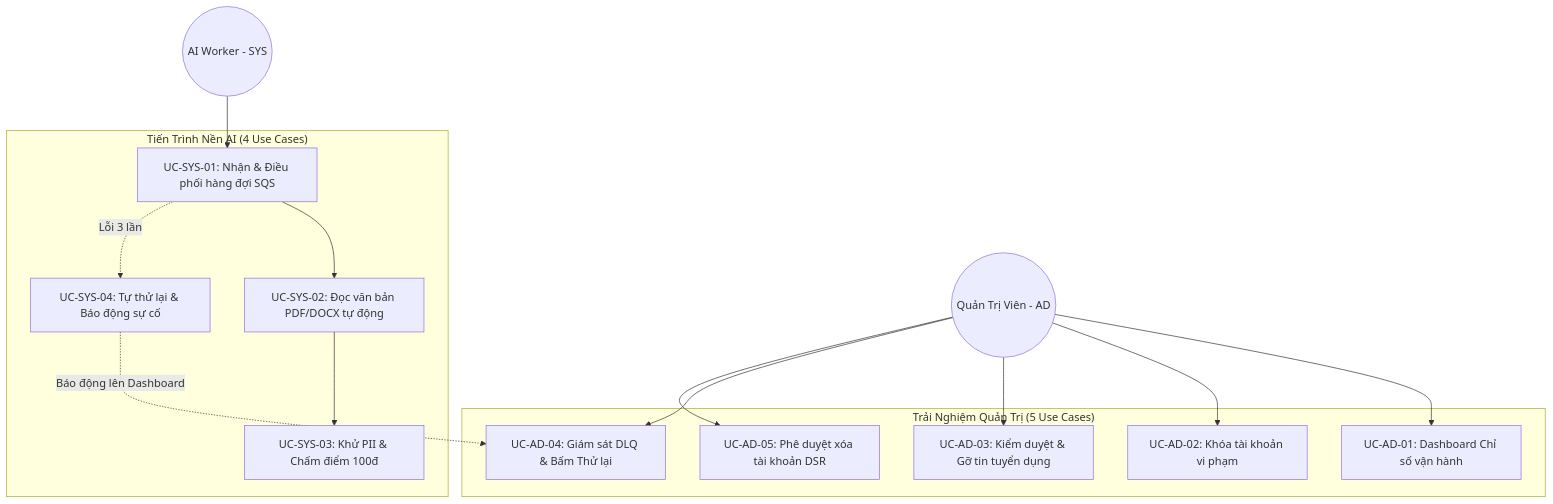
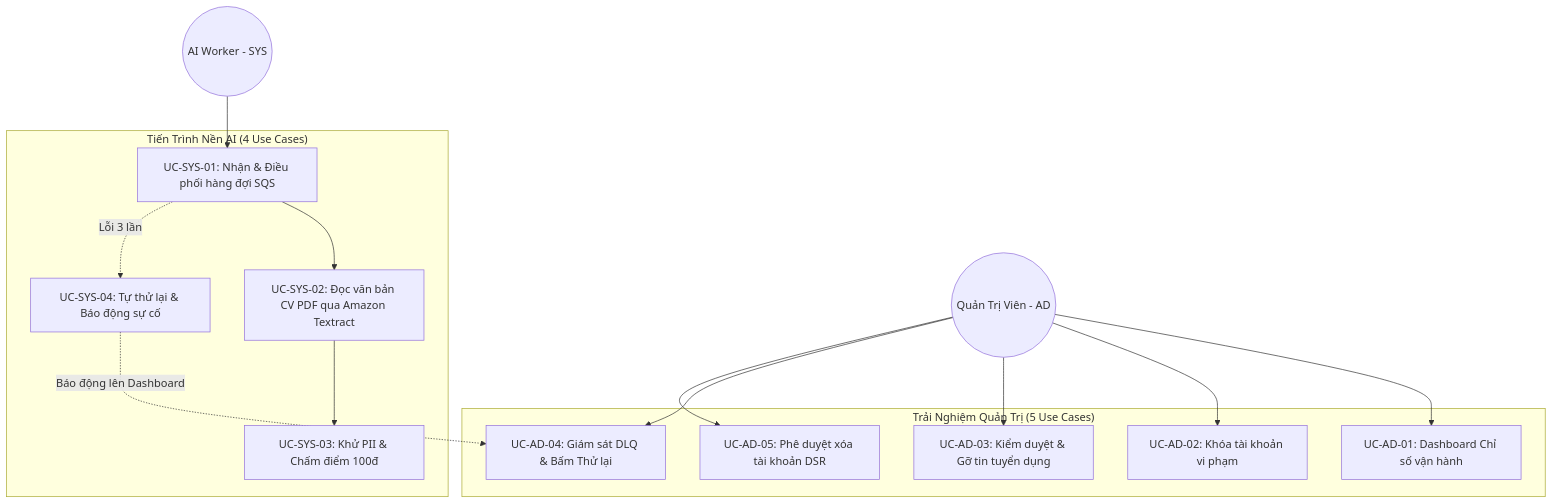
The third of 3 diagrams in docs/software/02-use-cases.md (NguyenThanhTin235/aws-ai-cv-screening), drawn with Mermaid before and after one commit. The commit also changed other lines of this file and 34 other files, not shown here.

Commit message:
docs(day-29): add Bedrock prompt specification, standardize PDF-only architecture and update proposal

````diff
--- a/docs/software/02-use-cases.md
+++ b/docs/software/02-use-cases.md
@@ -175,32 +175,32 @@
 ```mermaid
 graph TB
     Admin((Quản Trị Viên - AD))
     Worker((AI Worker - SYS))
 
     subgraph AD_Group["Trải Nghiệm Quản Trị (5 Use Cases)"]
         UC24["UC-AD-01: Dashboard Chỉ số vận hành"]
         UC25["UC-AD-02: Khóa tài khoản vi phạm"]
         UC26["UC-AD-03: Kiểm duyệt & Gỡ tin tuyển dụng"]
         UC27["UC-AD-04: Giám sát DLQ & Bấm Thử lại"]
         UC28["UC-AD-05: Phê duyệt xóa tài khoản DSR"]
     end
 
     subgraph SYS_Group["Tiến Trình Nền AI (4 Use Cases)"]
         UC29["UC-SYS-01: Nhận & Điều phối hàng đợi SQS"]
-        UC30["UC-SYS-02: Đọc văn bản PDF/DOCX tự động"]
+        UC30["UC-SYS-02: Đọc văn bản CV PDF qua Amazon Textract"]
         UC31["UC-SYS-03: Khử PII & Chấm điểm 100đ"]
         UC32["UC-SYS-04: Tự thử lại & Báo động sự cố"]
     end
 
     Admin --> UC24
     Admin --> UC25
     Admin --> UC26
     Admin --> UC27
     Admin --> UC28
 
     Worker --> UC29
     UC29 --> UC30
     UC30 --> UC31
     UC29 -.->|Lỗi 3 lần| UC32
     UC32 -.->|Báo động lên Dashboard| UC27
 ```
````
